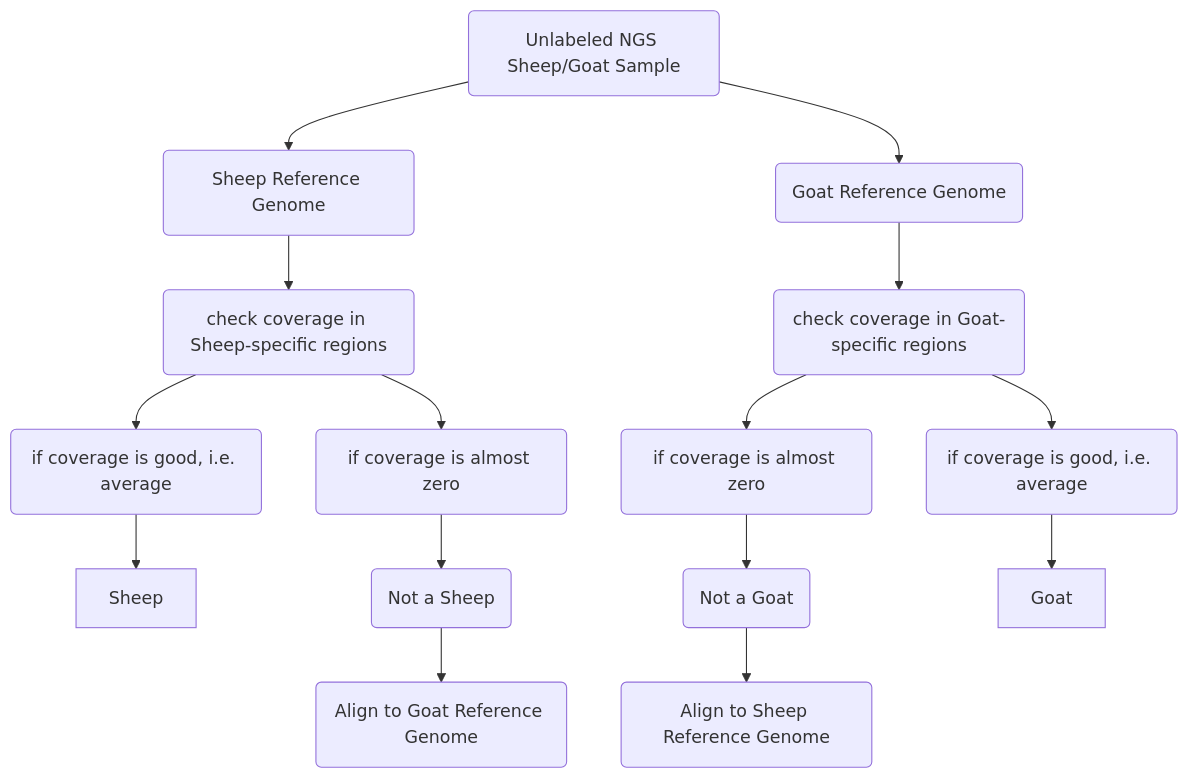
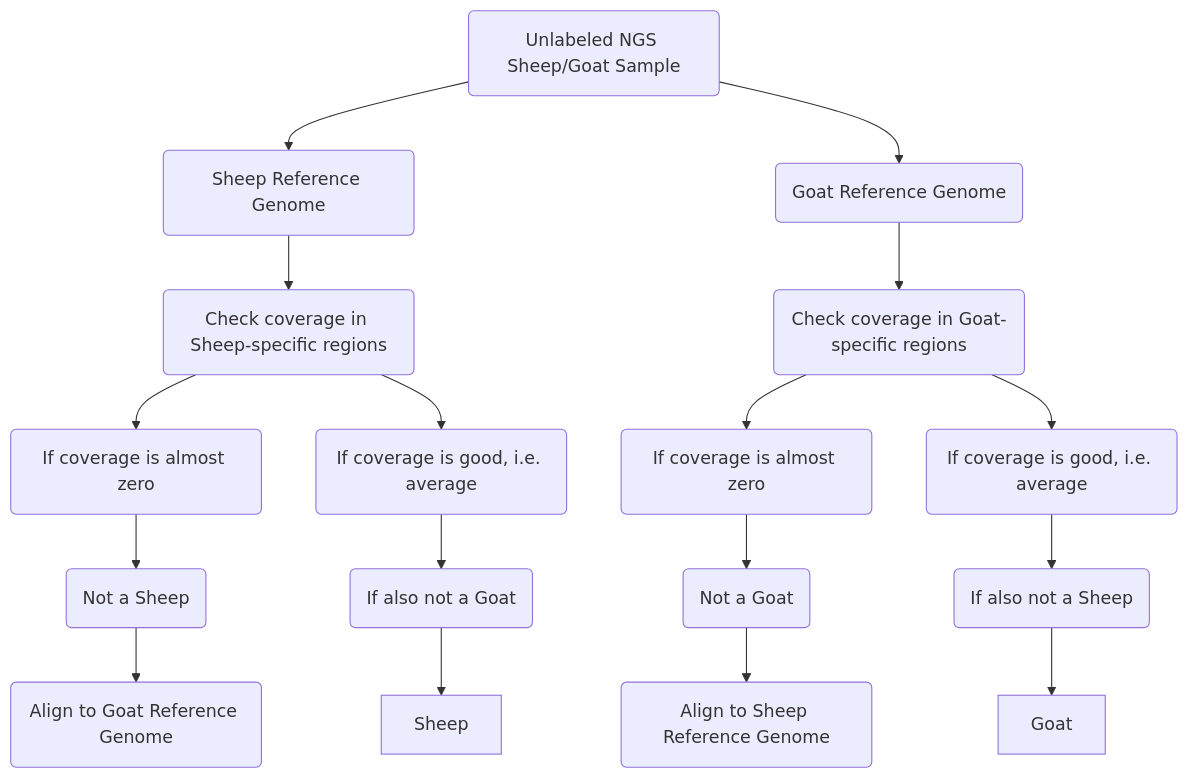
The diagram in README.md (BTC-Lab/Goat_Sheep_specific_regions), drawn with Mermaid before and after one commit. The commit also changed other lines of this file, not shown here.

````diff
--- a/README.md
+++ b/README.md
@@ -25,18 +25,19 @@
 ```mermaid
 graph TD;
     Unlabeled_NGS_Sample(Unlabeled NGS Sheep/Goat Sample)-->Sheep_Reference_Genome(Sheep Reference Genome);
     Unlabeled_NGS_Sample(Unlabeled NGS Sheep/Goat Sample)-->Goat_Reference_Genome(Goat Reference Genome);
-    Sheep_Reference_Genome-->check_coverage_in_Sheep_specific_regions(check coverage in Sheep-specific regions);
-    Goat_Reference_Genome-->check_coverage_in_Goat_specific_regions(check coverage in Goat-specific regions);
-    check_coverage_in_Sheep_specific_regions-->if_coverage_almost_zero(if coverage is almost zero);
-    check_coverage_in_Sheep_specific_regions-->if_coverage_is_good(if coverage is good, i.e. average);
-    if_coverage_is_good-->Sheep;
-    if_coverage_almost_zero-->not_a_sheep(Not a Sheep);
-    not_a_sheep-->align_to_goat(Align to Goat Reference Genome);
-    check_coverage_in_Goat_specific_regions-->if_coverage_almost_zero.(if coverage is almost zero);
-    if_coverage_almost_zero. -->not_a_goat(Not a Goat);
-    check_coverage_in_Goat_specific_regions-->if_coverage_is_good.(if coverage is good, i.e. average);
-    if_coverage_is_good. -->Goat;
-    not_a_goat-->align_to_sheep(Align to Sheep Reference Genome);
-
+    Sheep_Reference_Genome-->check_coverage_in_Sheep_specific_regions(Check coverage in Sheep-specific regions);
+    Goat_Reference_Genome-->check_coverage_in_Goat_specific_regions(Check coverage in Goat-specific regions);
+    check_coverage_in_Sheep_specific_regions-->if_coverage_almost_zero(If coverage is almost zero);
+    check_coverage_in_Sheep_specific_regions-->if_coverage_is_good(If coverage is good, i.e. average);
+    if_coverage_is_good-->and_not_a_Goat(If also not a Goat);
+    and_not_a_Goat-->Sheep;
+    if_coverage_almost_zero-->not_a_Sheep(Not a Sheep);
+    not_a_Sheep-->align_to_Goat(Align to Goat Reference Genome);
+    check_coverage_in_Goat_specific_regions-->if_coverage_almost_zero.(If coverage is almost zero);
+    if_coverage_almost_zero. -->not_a_Goat(Not a Goat);
+    check_coverage_in_Goat_specific_regions-->if_coverage_is_good.(If coverage is good, i.e. average);
+    if_coverage_is_good. -->and_not_a_Sheep(If also not a Sheep);
+    and_not_a_Sheep-->Goat;
+    not_a_Goat-->align_to_Sheep(Align to Sheep Reference Genome);
 ```
````
